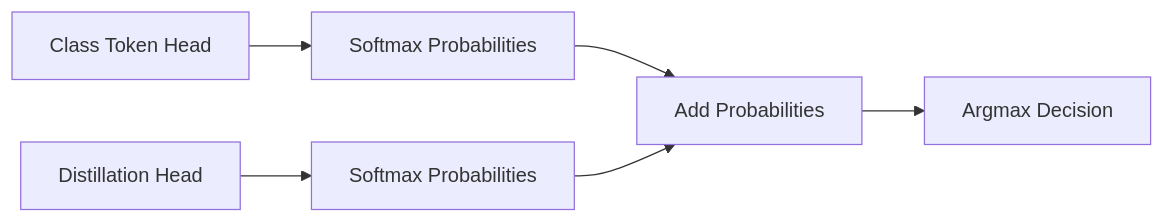
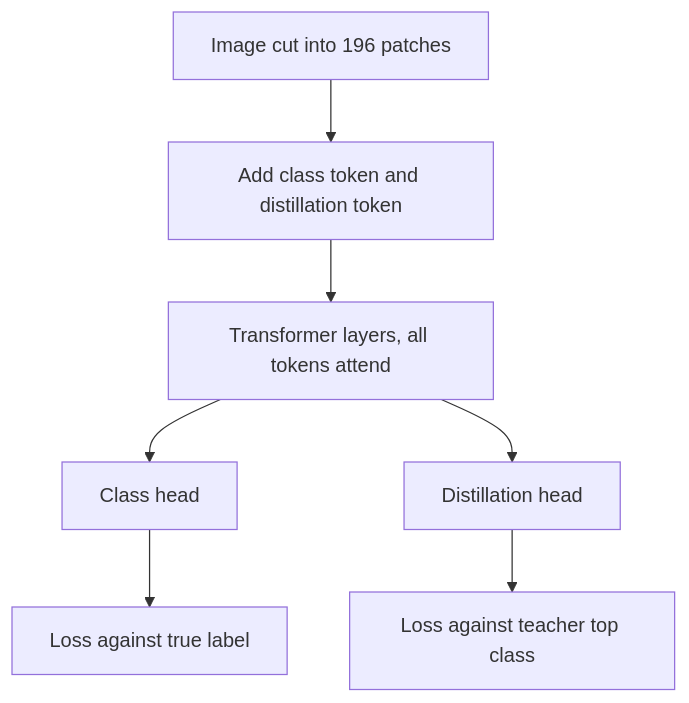
One commit to Tarunsai08/PaperStack changed the diagram in content/papers/training-data-efficient-image-transformers-distillation-thro.md. Above: the diagram before and after it, drawn with Mermaid. The commit also changed other lines of this file and 7 other files, not shown here.

````diff
--- a/content/papers/training-data-efficient-image-transformers-distillation-thro.md
+++ b/content/papers/training-data-efficient-image-transformers-distillation-thro.md
@@ -191,8 +92,9 @@
 ```mermaid
-flowchart LR
-    Token1[Class Token Head] --> Softmax1[Softmax Probabilities]
-    Token2[Distillation Head] --> Softmax2[Softmax Probabilities]
-    Softmax1 --> Sum[Add Probabilities]
-    Softmax2 --> Sum
-    Sum --> Argmax[Argmax Decision]
+flowchart TD
+  A[Image cut into 196 patches] --> B[Add class token and distillation token]
+  B --> C[Transformer layers, all tokens attend]
+  C --> D[Class head]
+  C --> E[Distillation head]
+  D --> F[Loss against true label]
+  E --> G[Loss against teacher top class]
 ```
````
